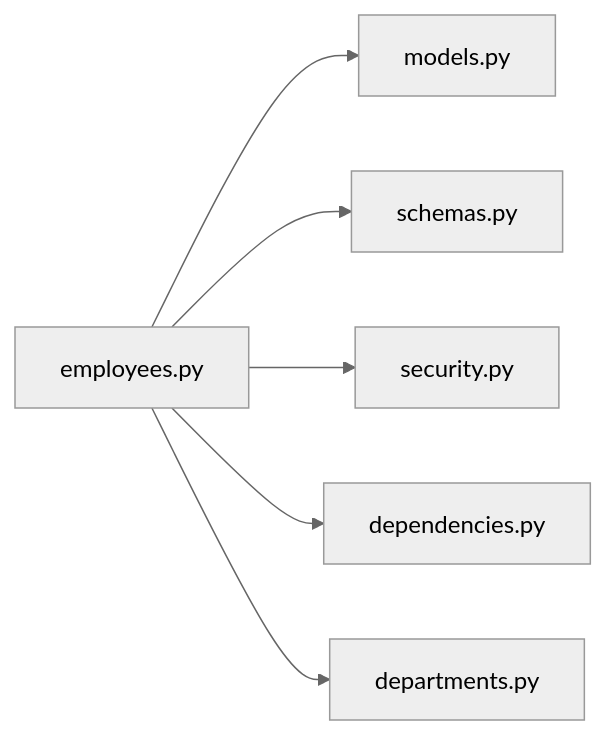
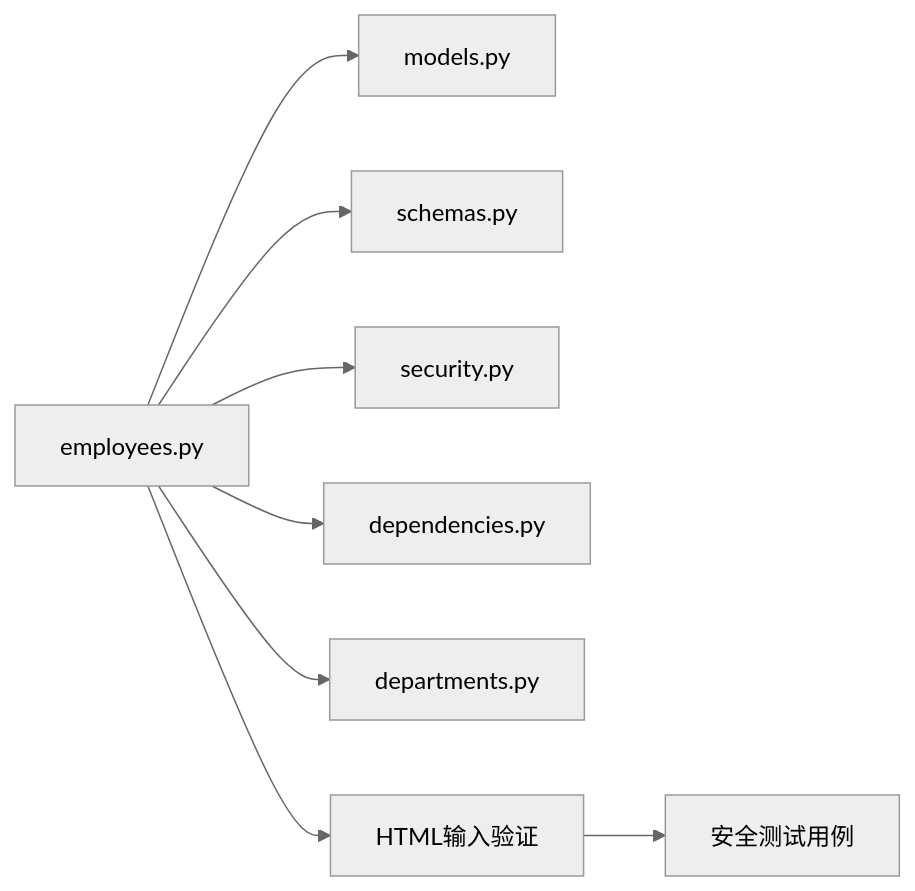
One commit to xgd561/performance_evaluation_system changed the eighth of 8 diagrams in .qoder/repowiki/zh/content/API参考文档/员工管理API.md. Above: the diagram before and after it, drawn with Mermaid (neutral theme). The commit also changed other lines of this file and 136 other files, not shown here.

````diff
--- a/.qoder/repowiki/zh/content/API参考文档/员工管理API.md
+++ b/.qoder/repowiki/zh/content/API参考文档/员工管理API.md
@@ -457,8 +545,10 @@
 ```mermaid
 graph LR
 EmployeesRouter["employees.py"] --> Models["models.py"]
 EmployeesRouter --> Schemas["schemas.py"]
 EmployeesRouter --> Security["security.py"]
 EmployeesRouter --> Dependencies["dependencies.py"]
 EmployeesRouter --> DepartmentsRouter["departments.py"]
+EmployeesRouter --> HTMLValidation["HTML输入验证"]
+HTMLValidation --> TestCases["安全测试用例"]
 ```
````
